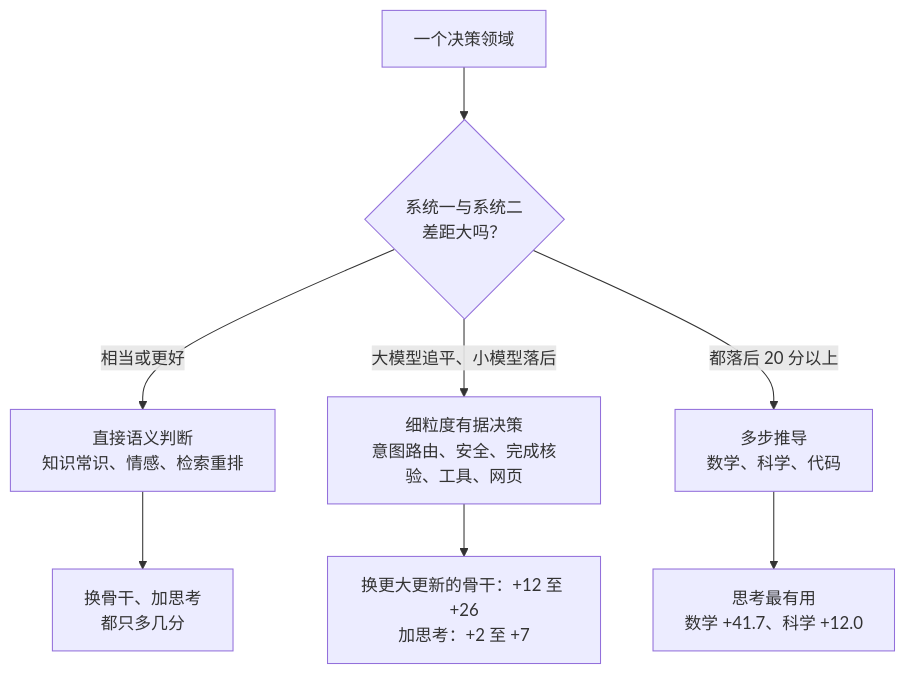
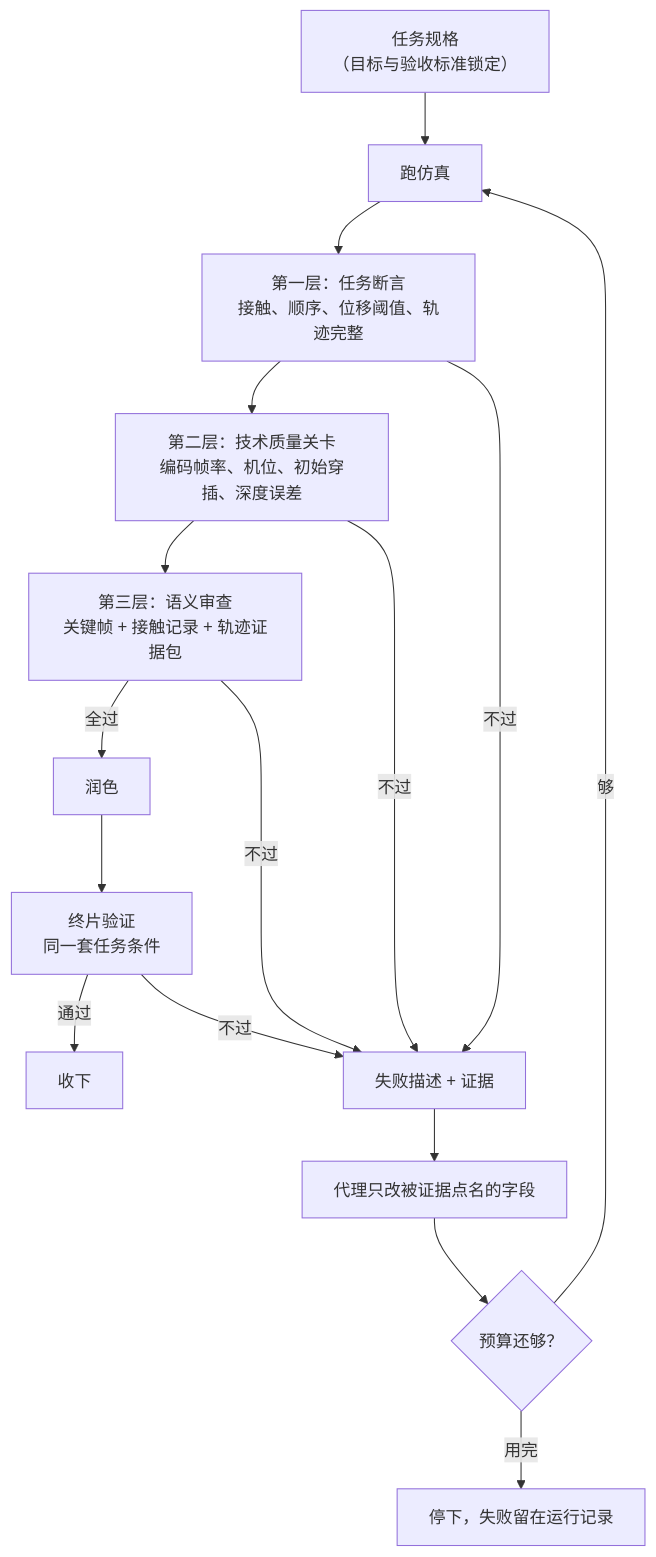
The third of 5 diagrams in docs/index.md (yingwang/paper-reads), drawn with Mermaid before and after one commit. The commit also changed other lines of this file and 2 other files, not shown here.

````diff
--- a/docs/index.md
+++ b/docs/index.md
@@ -333,10 +177,18 @@
 ```mermaid
-flowchart TD
-    D["一个决策领域"] --> Q1{"系统一与系统二<br/>差距大吗？"}
-    Q1 -->|"相当或更好"| A["直接语义判断<br/>知识常识、情感、检索重排"]
-    A --> A2["换骨干、加思考<br/>都只多几分"]
-    Q1 -->|"大模型追平、小模型落后"| B["细粒度有据决策<br/>意图路由、安全、完成核验、工具、网页"]
-    B --> B2["换更大更新的骨干：+12 至 +26<br/>加思考：+2 至 +7"]
-    Q1 -->|"都落后 20 分以上"| C["多步推导<br/>数学、科学、代码"]
-    C --> C2["思考最有用<br/>数学 +41.7、科学 +12.0"]
+graph TD
+    S["任务规格<br/>（目标与验收标准锁定）"] --> R["跑仿真"]
+    R --> L1["第一层：任务断言<br/>接触、顺序、位移阈值、轨迹完整"]
+    L1 --> L2["第二层：技术质量关卡<br/>编码帧率、机位、初始穿插、深度误差"]
+    L2 --> L3["第三层：语义审查<br/>关键帧 + 接触记录 + 轨迹证据包"]
+    L3 -->|"全过"| RF["润色"]
+    RF --> FV["终片验证<br/>同一套任务条件"]
+    FV -->|"通过"| OK["收下"]
+    L1 -->|"不过"| FB["失败描述 + 证据"]
+    L2 -->|"不过"| FB
+    L3 -->|"不过"| FB
+    FV -->|"不过"| FB
+    FB --> FIX["代理只改被证据点名的字段"]
+    FIX --> B{"预算还够？"}
+    B -->|"够"| R
+    B -->|"用完"| REC["停下，失败留在运行记录"]
 ```
````
